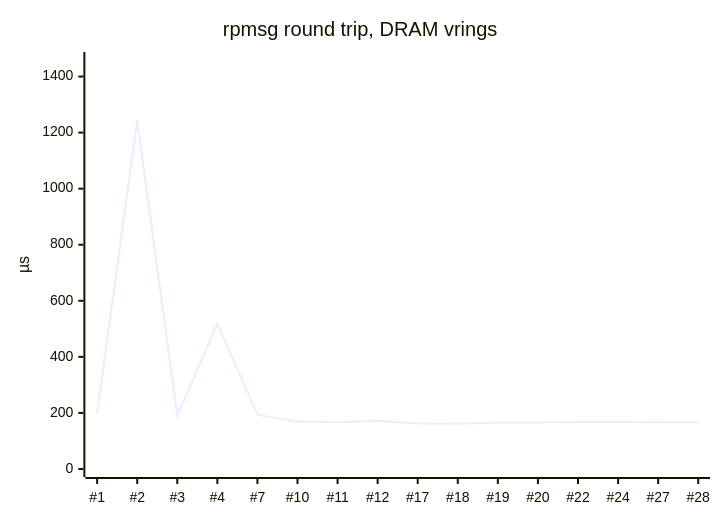
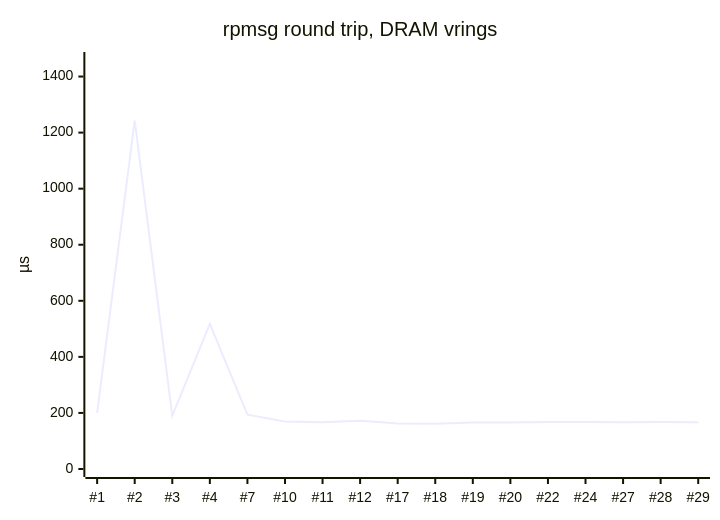
Before and after one commit to tcmichals/cubie-a5e: the first of 4 diagrams in wiki/Full-Sweep-Tests.md, drawn with Mermaid. The commit also changed other lines of this file and 7 other files, not shown here.

````diff
--- a/wiki/Full-Sweep-Tests.md
+++ b/wiki/Full-Sweep-Tests.md
@@ -50,7 +50,7 @@
 ```mermaid
 xychart-beta
     title "rpmsg round trip, DRAM vrings"
-    x-axis ["#1", "#2", "#3", "#4", "#7", "#10", "#11", "#12", "#17", "#18", "#19", "#20", "#22", "#24", "#27", "#28"]
+    x-axis ["#1", "#2", "#3", "#4", "#7", "#10", "#11", "#12", "#17", "#18", "#19", "#20", "#22", "#24", "#27", "#28", "#29"]
     y-axis "µs" 0 --> 1459
-    line [200.2, 1242.4, 189.9, 517.8, 193.9, 169.7, 167.2, 172.0, 162.7, 161.8, 165.9, 166.1, 167.5, 167.8, 166.8, 167.4]
+    line [200.2, 1242.4, 189.9, 517.8, 193.9, 169.7, 167.2, 172.0, 162.7, 161.8, 165.9, 166.1, 167.5, 167.8, 166.8, 167.4, 167.2]
 ```
````
